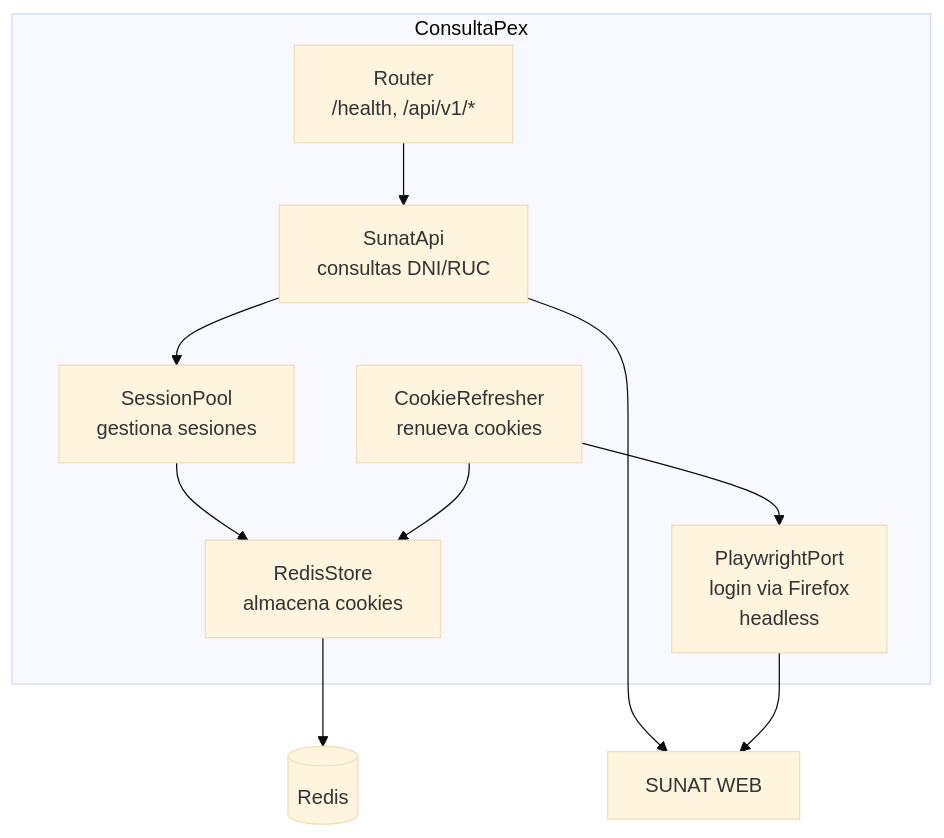
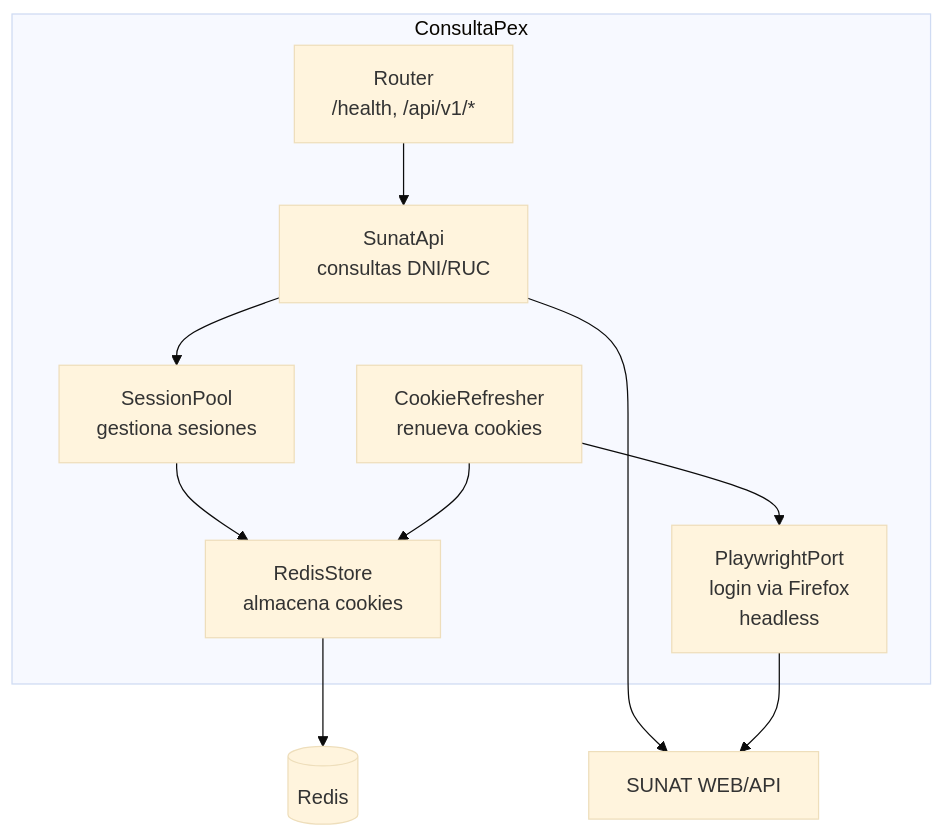
The diagram in README.md (benjaminhonorio/consulta_pex), drawn with Mermaid (base theme) before and after one commit. The commit also changed other lines of this file, not shown here.

Commit message:
chore: docs adjustments

````diff
--- a/README.md
+++ b/README.md
@@ -191,23 +193,23 @@
 ```mermaid
 flowchart TB
     subgraph ConsultaPex[ConsultaPex]
         Router[Router<br/>/health, /api/v1/*]
         SunatApi[SunatApi<br/>consultas DNI/RUC]
         SessionPool[SessionPool<br/>gestiona sesiones]
         CookieRefresher[CookieRefresher<br/>renueva cookies]
         PlaywrightPort[PlaywrightPort<br/>login via Firefox<br/>headless]
         RedisStore[RedisStore<br/>almacena cookies]
     end
 
     Redis[(Redis)]
-    SUNAT[SUNAT WEB]
+    SUNAT[SUNAT WEB/API]
 
     Router --> SunatApi
     SunatApi --> SessionPool
     SessionPool --> RedisStore
     CookieRefresher --> PlaywrightPort
     CookieRefresher --> RedisStore
     RedisStore --> Redis
     SunatApi --> SUNAT
     PlaywrightPort --> SUNAT
 ```
````
